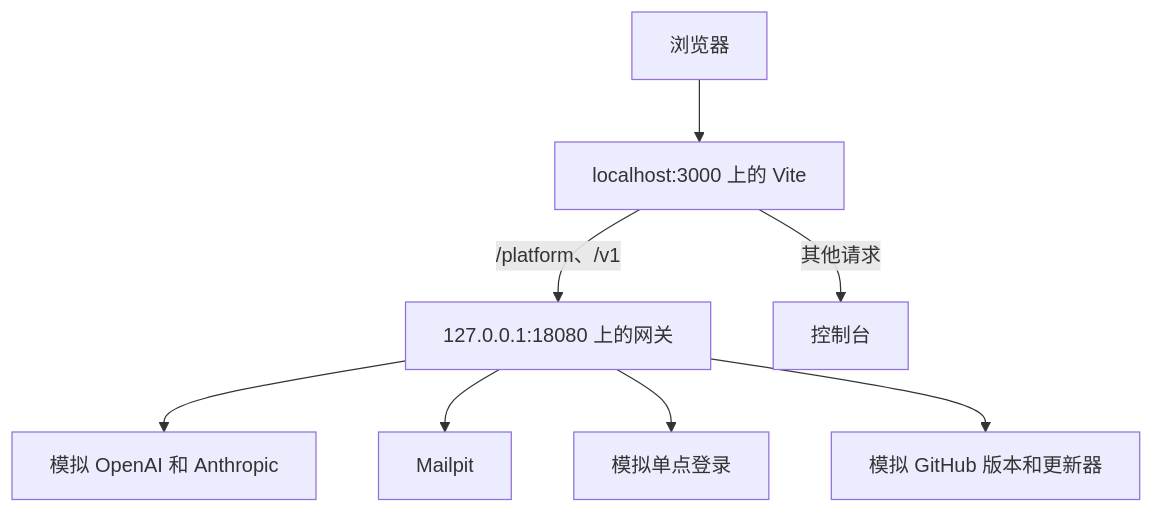
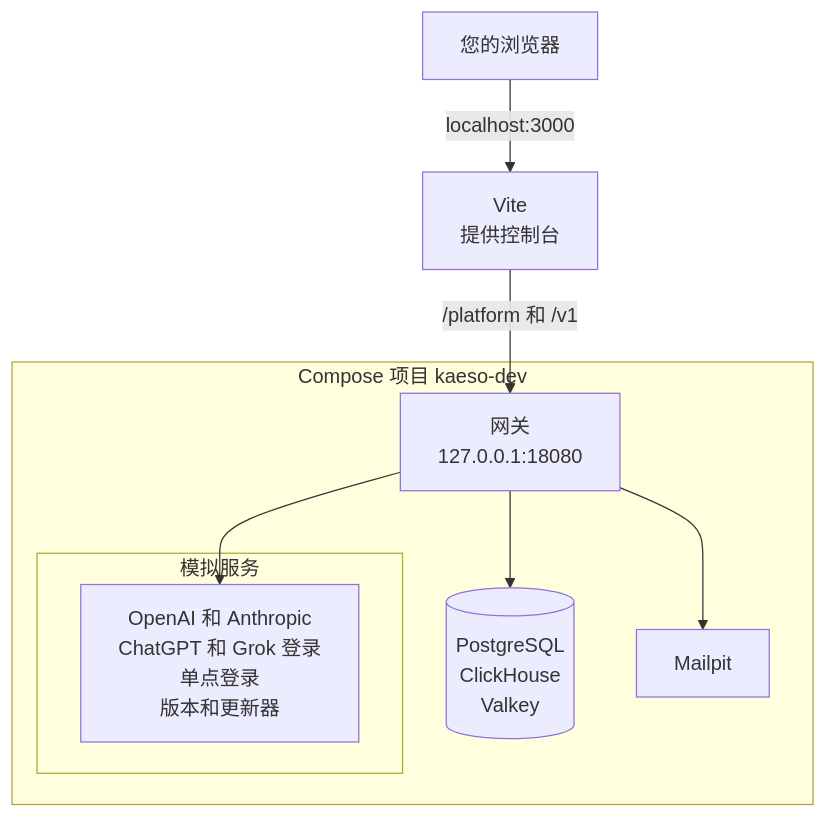
The diagram in apps/docs/content/zh-CN/development/stack.md (logicplanes/kaeso), drawn with Mermaid before and after one commit. The commit also changed 89 other files, not shown here.

First line of the commit message:
Redraw the development pages' diagrams around what a contributor changes

````diff
--- a/apps/docs/content/zh-CN/development/stack.md
+++ b/apps/docs/content/zh-CN/development/stack.md
@@ -9,12 +9,18 @@
 ```mermaid
 flowchart TD
   accTitle: 开发栈
-  accDescr: 浏览器打开 localhost:3000 上的 Vite。Vite 把 /platform 和 /v1 转发给 127.0.0.1:18080 上的网关，其余请求则返回控制台。网关调用模拟服务商、Mailpit、模拟身份提供商，以及模拟的版本和更新器。
-  browser[浏览器] --> vite[localhost:3000 上的 Vite]
-  vite -- /platform、/v1 --> gateway[127.0.0.1:18080 上的网关]
-  vite -- 其他请求 --> console[控制台]
-  gateway --> provider[模拟 OpenAI 和 Anthropic]
-  gateway --> mail[Mailpit]
-  gateway --> idp[模拟单点登录]
-  gateway --> releases[模拟 GitHub 版本和更新器]
+  accDescr: 浏览器打开 localhost:3000 上的 Vite。Vite 提供控制台，并把 /platform 和 /v1 转发给 127.0.0.1:18080 上的网关。网关与 PostgreSQL、ClickHouse 和 Valkey 一起运行在 Compose 项目 kaeso-dev 中，并调用模拟服务商、模拟 ChatGPT 和 Grok 登录、模拟单点登录、模拟版本和更新器以及 Mailpit。
+  browser[您的浏览器]:::outside -- localhost:3000 --> vite[Vite<br>提供控制台]
+  vite -- /platform 和 /v1 --> gateway
+  subgraph stack [Compose 项目 kaeso-dev]
+    gateway[网关<br>127.0.0.1:18080]:::accent
+    data[(PostgreSQL<br>ClickHouse<br>Valkey)]
+    subgraph mock [模拟服务]
+      mocks[OpenAI 和 Anthropic<br>ChatGPT 和 Grok 登录<br>单点登录<br>版本和更新器]
+    end
+    mail[Mailpit]
+  end
+  gateway --> data
+  gateway --> mocks
+  gateway --> mail
 ```
````
